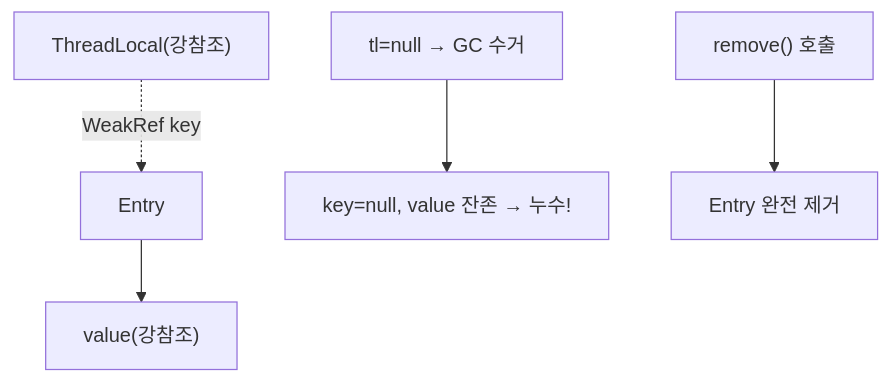
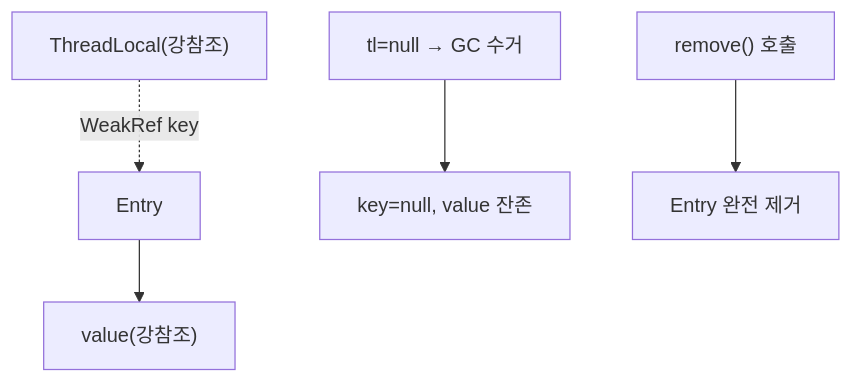
The fourth of 5 diagrams in _posts/java/2026-05-01-java-threadlocal.md (yjkim2015/yjkim2015.github.io), drawn with Mermaid before and after one commit. The commit also changed other lines of this file and 271 other files, not shown here.

First line of the commit message:
Mermaid 라벨 축소: 긴 노드 텍스트 18자 이하로 트림 + \n 제거

````diff
--- a/_posts/java/2026-05-01-java-threadlocal.md
+++ b/_posts/java/2026-05-01-java-threadlocal.md
@@ -192,7 +192,7 @@
 ```mermaid
 graph TD
     TL["ThreadLocal(강참조)"] -.->|"WeakRef key"| ENTRY["Entry"]
     ENTRY --> VAL["value(강참조)"]
-    NULL["tl=null → GC 수거"] --> LEAK["key=null, value 잔존 → 누수!"]
+    NULL["tl=null → GC 수거"] --> LEAK["key=null, value 잔존"]
     REMOVE["remove() 호출"] --> CLEAN["Entry 완전 제거"]
 ```
````
